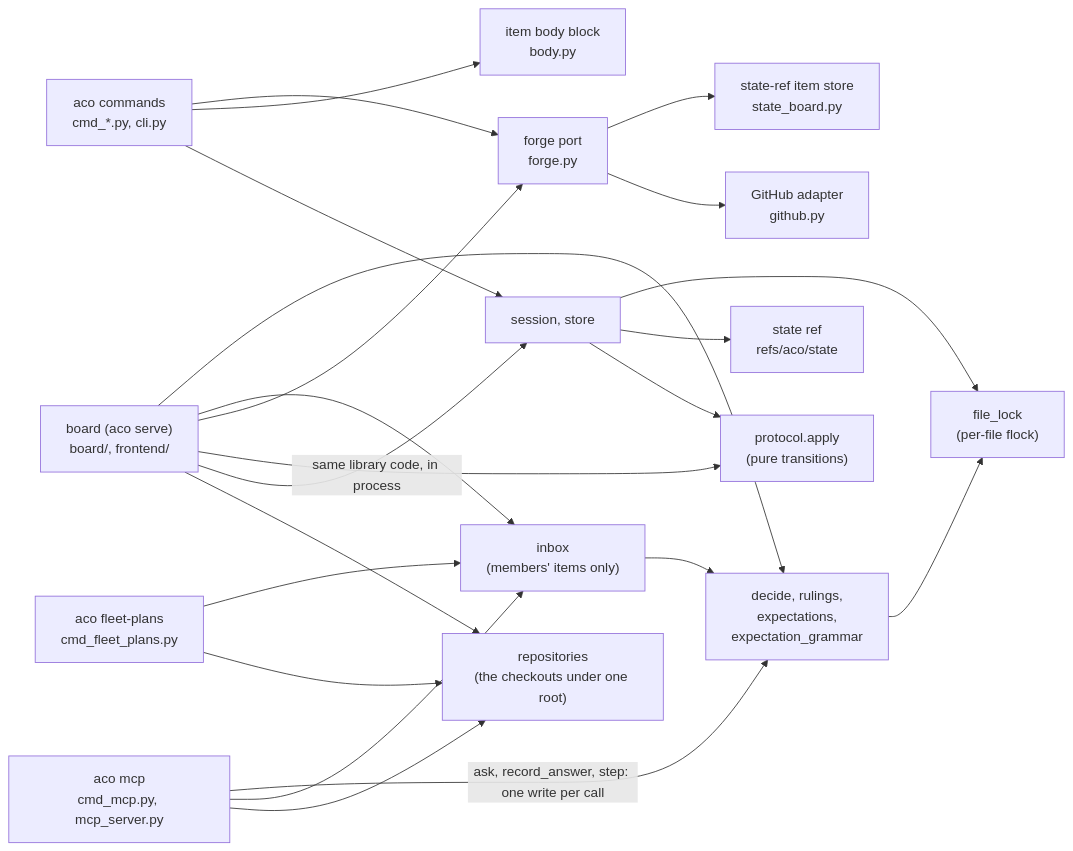
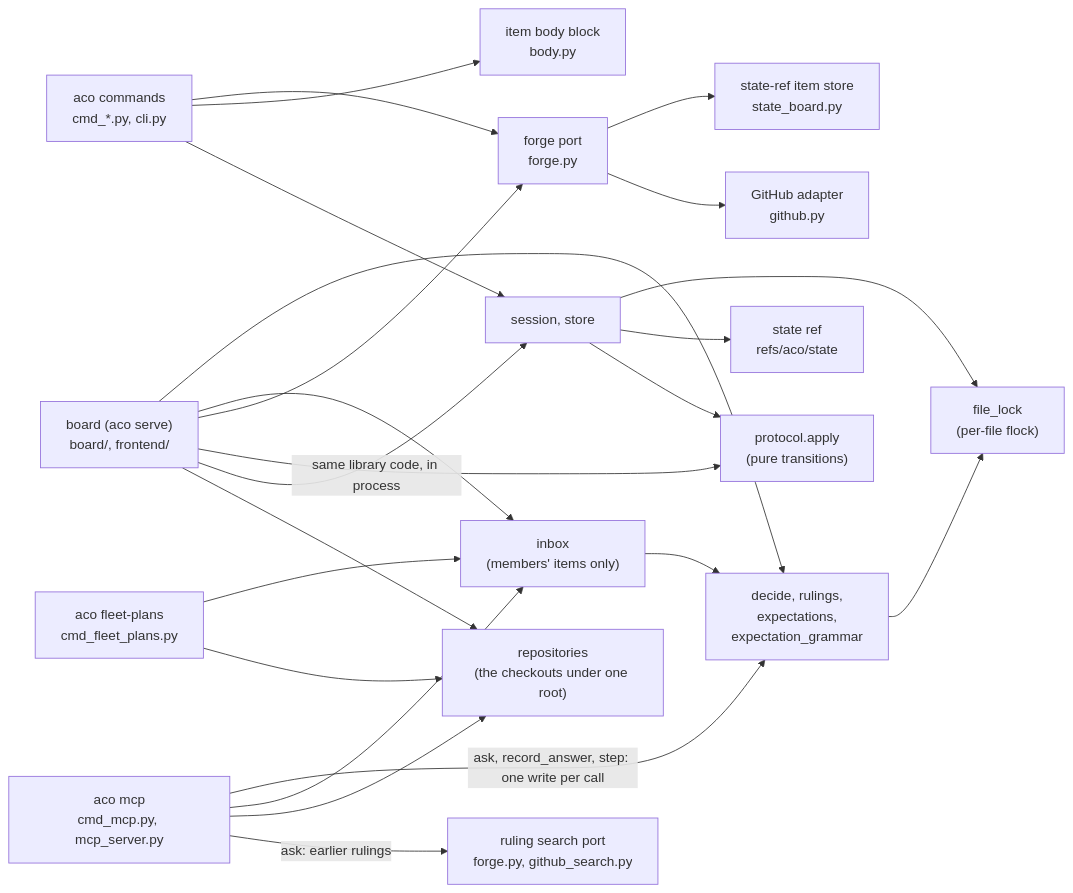
The second of 3 diagrams in docs/ARCHITECTURE.md (overnightworks/aco), drawn with Mermaid before and after one commit. The commit also changed other lines of this file and 28 other files, not shown here.

First line of the commit message:
Show the earlier rulings of a card's area in the ask answer (#803)

````diff
--- a/docs/ARCHITECTURE.md
+++ b/docs/ARCHITECTURE.md
@@ -32,27 +32,28 @@
 ```mermaid
 flowchart LR
     CLI["aco commands<br/>cmd_*.py, cli.py"] --> Session["session, store"]
     Session --> Protocol["protocol.apply<br/>(pure transitions)"]
     Session --> Store["state ref<br/>refs/aco/state"]
     CLI --> Body["item body block<br/>body.py"]
     CLI --> Port["forge port<br/>forge.py"]
     Port --> GitHub["GitHub adapter<br/>github.py"]
     Port --> StateBoard["state-ref item store<br/>state_board.py"]
+    Mcp -->|"ask: earlier rulings"| Search["ruling search port<br/>forge.py, github_search.py"]
     Board["board (aco serve)<br/>board/, frontend/"]
     Mcp["aco mcp<br/>cmd_mcp.py, mcp_server.py"]
     Mcp --> Repos
     Mcp --> Inbox
     Plans["aco fleet-plans<br/>cmd_fleet_plans.py"]
     Plans --> Repos
     Plans --> Inbox
     Mcp -->|"ask, record_answer, step: one write per call"| Dec
     Board --> Repos["repositories<br/>(the checkouts under one root)"]
     Board -->|"same library code, in process"| Session
     Board --> Protocol
     Board --> Port
     Board --> Inbox["inbox<br/>(members' items only)"]
     Inbox --> Dec
     Dec --> Lock["file_lock<br/>(per-file flock)"]
     Session --> Lock
     Board --> Dec["decide, rulings,<br/>expectations,<br/>expectation_grammar"]
 ```
````
